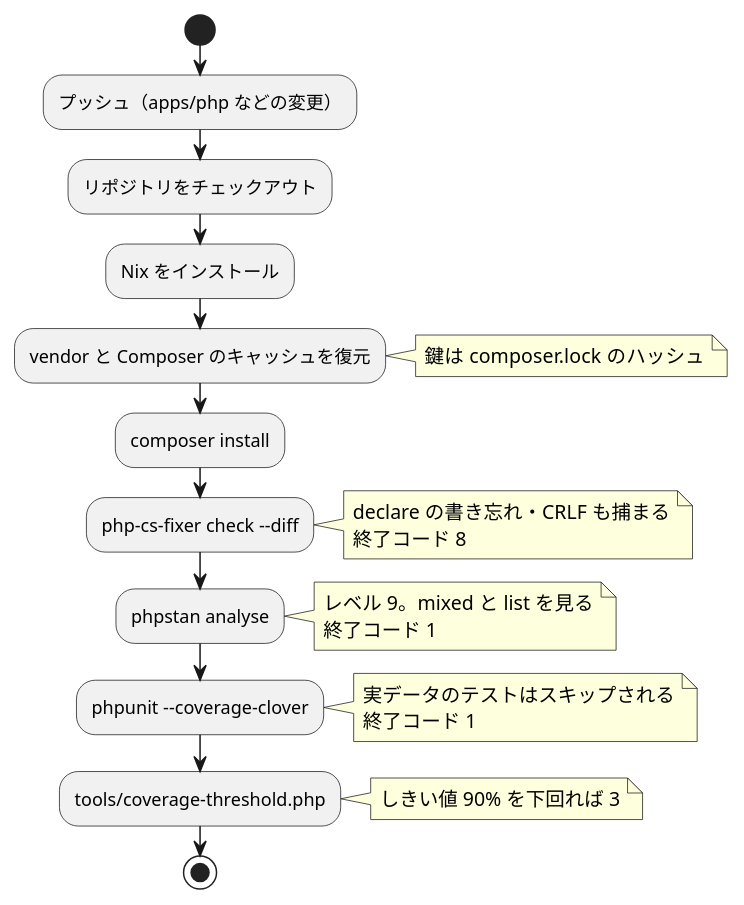
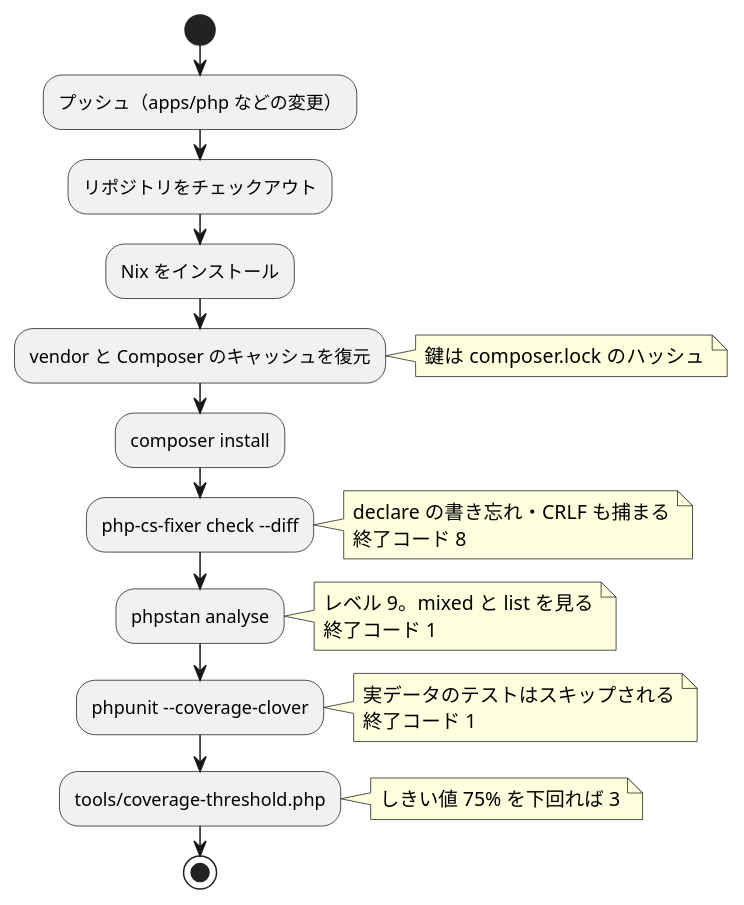
The diagram in docs/article/getting-start-ml/php/06-task-runner-and-ci-cd.md (k2works/getting-started-machine-learning), drawn with PlantUML before and after one commit. The commit also changed other lines of this file and 15 other files, not shown here.

````diff
--- a/docs/article/getting-start-ml/php/06-task-runner-and-ci-cd.md
+++ b/docs/article/getting-start-ml/php/06-task-runner-and-ci-cd.md
@@ -444,33 +467,33 @@
 ```plantuml
 @startuml
 start
 :プッシュ（apps/php などの変更）;
 :リポジトリをチェックアウト;
 :Nix をインストール;
 :vendor と Composer のキャッシュを復元;
 note right
   鍵は composer.lock のハッシュ
 end note
 :composer install;
 :php-cs-fixer check --diff;
 note right
   declare の書き忘れ・CRLF も捕まる
   終了コード 8
 end note
 :phpstan analyse;
 note right
   レベル 9。mixed と list を見る
   終了コード 1
 end note
 :phpunit --coverage-clover;
 note right
   実データのテストはスキップされる
   終了コード 1
 end note
 :tools/coverage-threshold.php;
 note right
-  しきい値 90% を下回れば 3
+  しきい値 75% を下回れば 3
 end note
 stop
 @enduml
 ```
````
